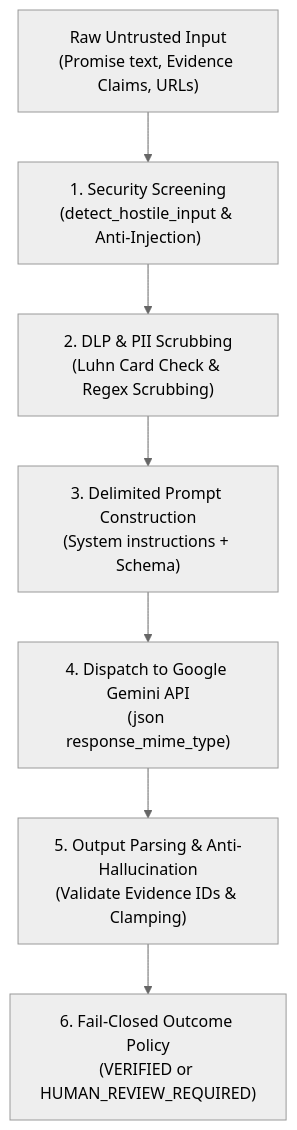
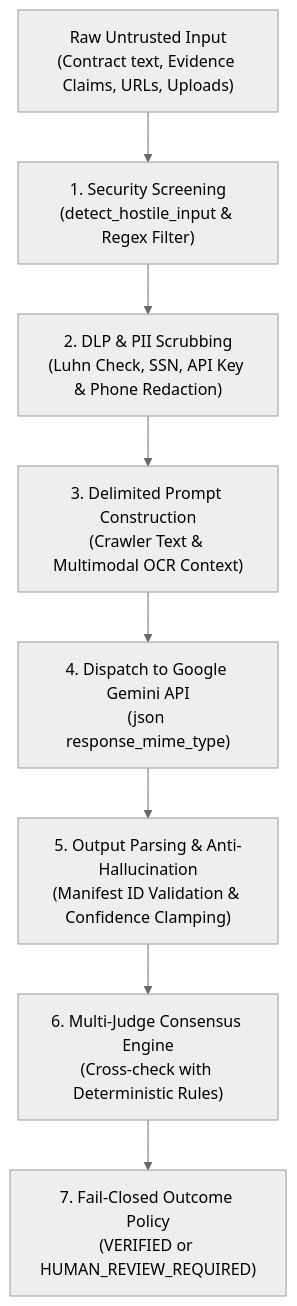
Before and after one commit to adityashinde0/PayPal-PromisePay: the first of 2 diagrams in doc/AI_ENGINEERING_DEEP_DIVE.md, drawn with Mermaid (neutral theme). The commit also changed other lines of this file and 47 other files, not shown here.

Commit message:
docs: organize master documentation hub, security policy, and enterprise readme

````diff
--- a/doc/AI_ENGINEERING_DEEP_DIVE.md
+++ b/doc/AI_ENGINEERING_DEEP_DIVE.md
@@ -24,9 +24,10 @@
 ```mermaid
 flowchart TD
-    A["Raw Untrusted Input\n(Promise text, Evidence Claims, URLs)"] --> B["1. Security Screening\n(detect_hostile_input & Anti-Injection)"]
-    B --> C["2. DLP & PII Scrubbing\n(Luhn Card Check & Regex Scrubbing)"]
-    C --> D["3. Delimited Prompt Construction\n(System instructions + Schema)"]
+    A["Raw Untrusted Input\n(Contract text, Evidence Claims, URLs, Uploads)"] --> B["1. Security Screening\n(detect_hostile_input & Regex Filter)"]
+    B --> C["2. DLP & PII Scrubbing\n(Luhn Check, SSN, API Key & Phone Redaction)"]
+    C --> D["3. Delimited Prompt Construction\n(Crawler Text & Multimodal OCR Context)"]
     D --> E["4. Dispatch to Google Gemini API\n(json response_mime_type)"]
-    E --> F["5. Output Parsing & Anti-Hallucination\n(Validate Evidence IDs & Clamping)"]
-    F --> G["6. Fail-Closed Outcome Policy\n(VERIFIED or HUMAN_REVIEW_REQUIRED)"]
+    E --> F["5. Output Parsing & Anti-Hallucination\n(Manifest ID Validation & Confidence Clamping)"]
+    F --> G["6. Multi-Judge Consensus Engine\n(Cross-check with Deterministic Rules)"]
+    G --> H["7. Fail-Closed Outcome Policy\n(VERIFIED or HUMAN_REVIEW_REQUIRED)"]
 ```
````
